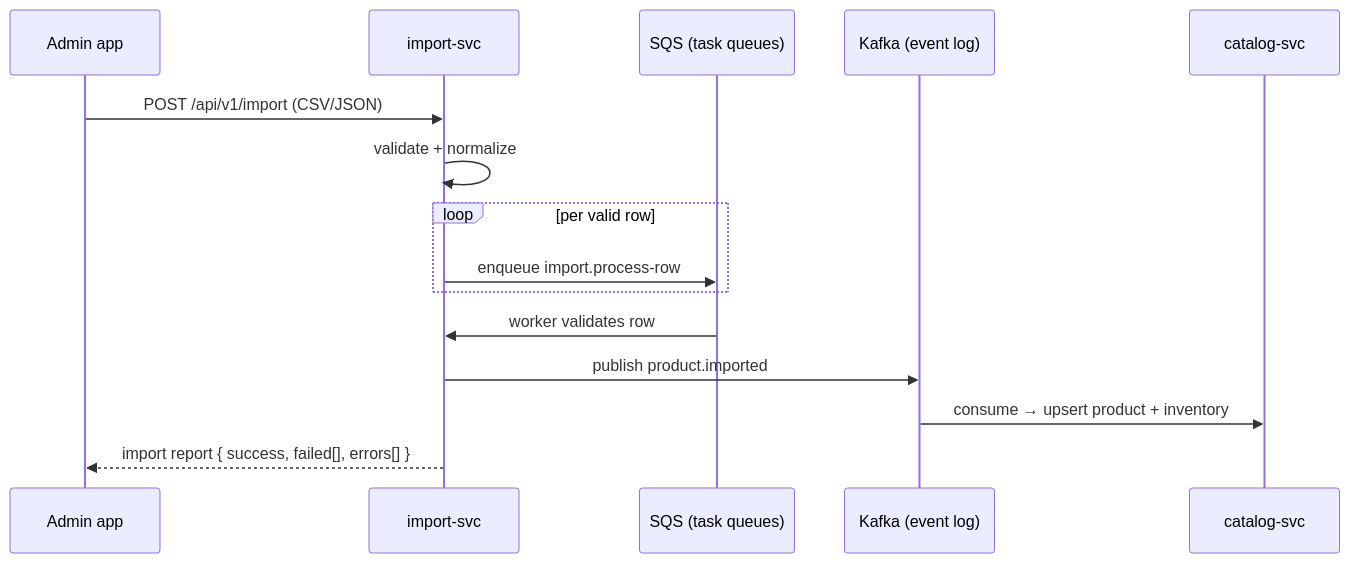
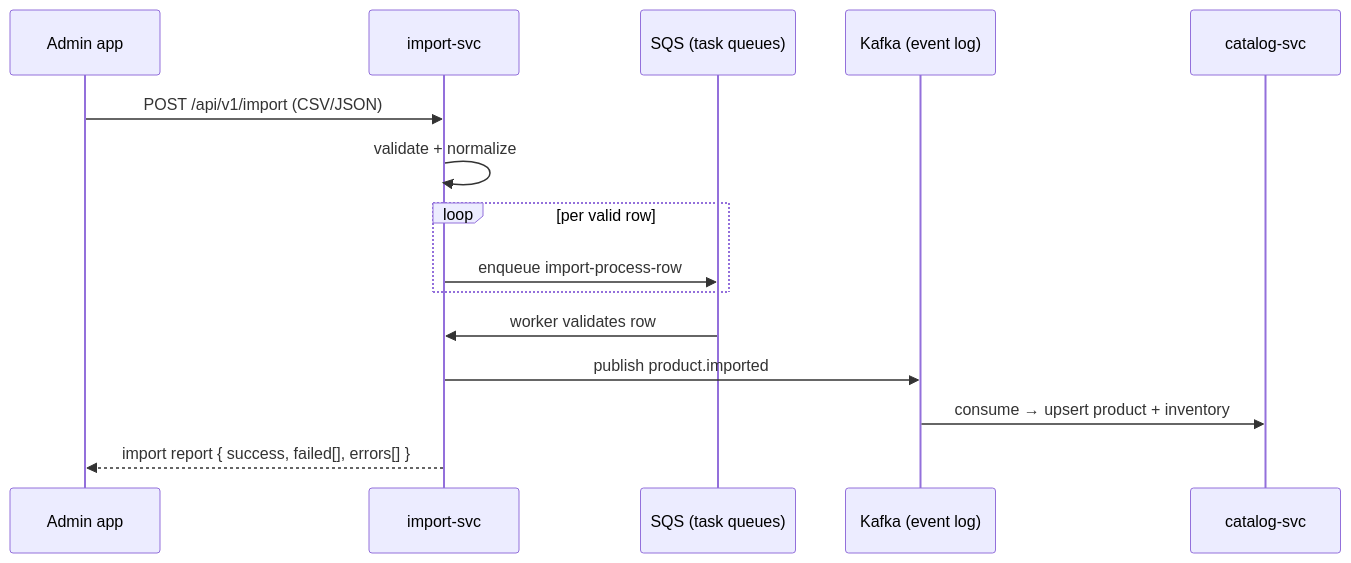
One commit to E-Commerce-BDA/Documentation changed the eighth of 9 diagrams in 1.Architecture.md. Above: the diagram before and after it, drawn with Mermaid. The commit also changed other lines of this file and 4 other files, not shown here.

````diff
--- a/1.Architecture.md
+++ b/1.Architecture.md
@@ -727,18 +727,18 @@
 ```mermaid
 sequenceDiagram
     participant AD as Admin app
     participant IM as import-svc
     participant Q as SQS (task queues)
     participant K as Kafka (event log)
     participant CA as catalog-svc
 
     AD->>IM: POST /api/v1/import (CSV/JSON)
     IM->>IM: validate + normalize
     loop per valid row
-        IM->>Q: enqueue import.process-row
+        IM->>Q: enqueue import-process-row
     end
     Q->>IM: worker validates row
     IM->>K: publish product.imported
     K->>CA: consume → upsert product + inventory
     IM-->>AD: import report { success, failed[], errors[] }
 ```
````
